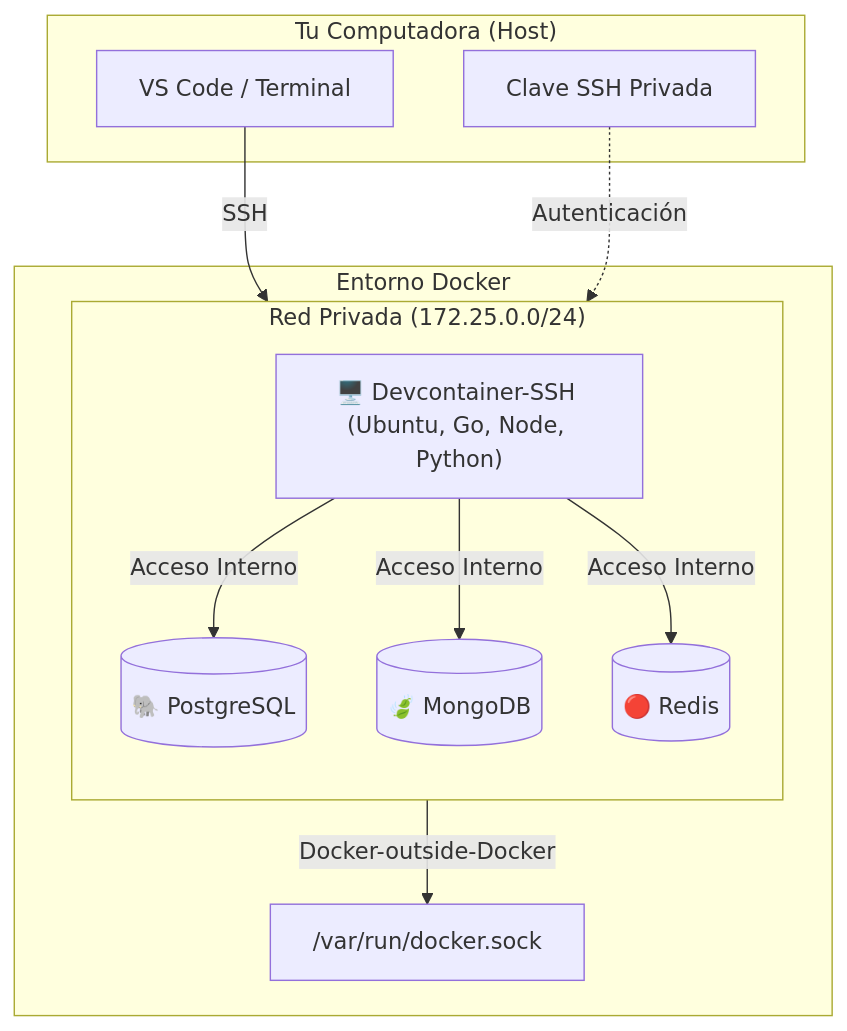
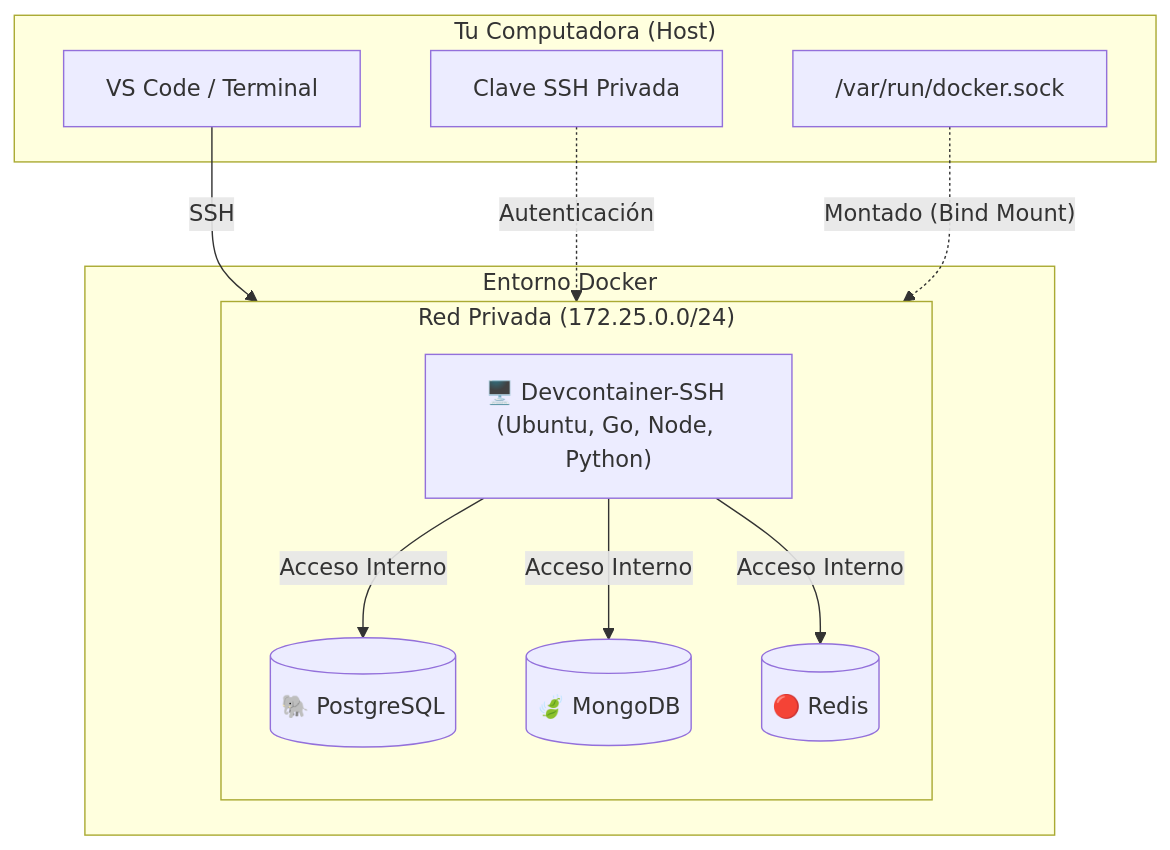
The first of 4 diagrams in README.md (Joacohbc/my-devcontainer-installer), drawn with Mermaid before and after one commit. The commit also changed other lines of this file, not shown here.

First line of the commit message:
Revise access recommendations and DockerSock details

````diff
--- a/README.md
+++ b/README.md
@@ -11,30 +11,30 @@
 ```mermaid
 graph TD
     subgraph Host["Tu Computadora (Host)"]
         VSCode["VS Code / Terminal"]
         SSHKey["Clave SSH Privada"]
+        DockerSock["/var/run/docker.sock"]
     end
 
     subgraph DockerEnv["Entorno Docker"]
         
         subgraph Services["Red Privada (172.25.0.0/24)"]
             direction TB
             DevContainer["🖥️ Devcontainer-SSH (Ubuntu, Go, Node, Python)"]
             Postgres[("🐘 PostgreSQL")]
             Mongo[("🍃 MongoDB")]
             Redis[("🔴 Redis")]
         end
 
-        DockerSock["/var/run/docker.sock"]
     end
 
     %% Conexiones
     VSCode -- "SSH" --> DevContainer
     SSHKey -. "Autenticación" .-> DevContainer
     
     DevContainer -- "Acceso Interno" --> Postgres
     DevContainer -- "Acceso Interno" --> Mongo
     DevContainer -- "Acceso Interno" --> Redis
     
-    DevContainer -- "Docker-outside-Docker" --> DockerSock
+    DockerSock -. "Montado (Bind Mount)" .-> DevContainer
 ```
````
